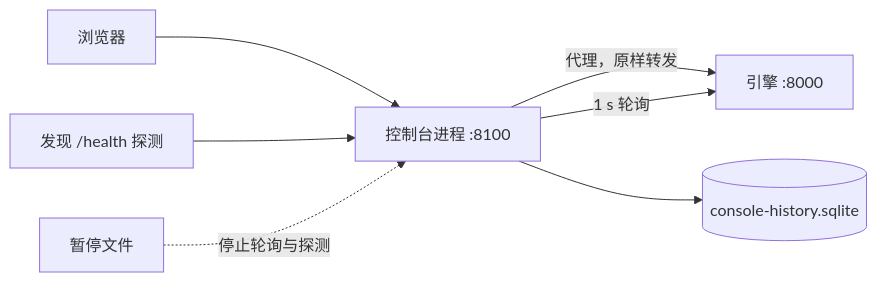
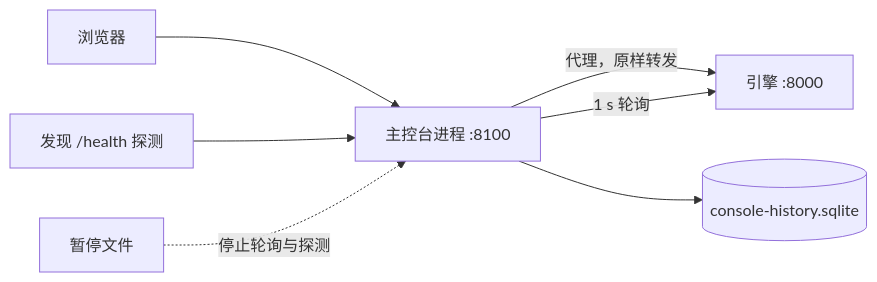
One commit to YuhuanStudio/Yunshu changed the diagram in frontend/docs/internals/console-process.zh-CN.mdx. Above: the diagram before and after it, drawn with Mermaid. The commit also changed other lines of this file and 64 other files, not shown here.

````diff
--- a/frontend/docs/internals/console-process.zh-CN.mdx
+++ b/frontend/docs/internals/console-process.zh-CN.mdx
@@ -23,9 +23,9 @@
 ```mermaid
 flowchart LR
-    B["浏览器"] --> C["控制台进程 :8100"]
+    B["浏览器"] --> C["主控台进程 :8100"]
     C -->|"代理，原样转发"| E["引擎 :8000"]
     C -->|"1 s 轮询"| E
     C --> S[("console-history.sqlite")]
     D["发现 /health 探测"] --> C
     P["暂停文件"] -.->|"停止轮询与探测"| C
 ```
````
